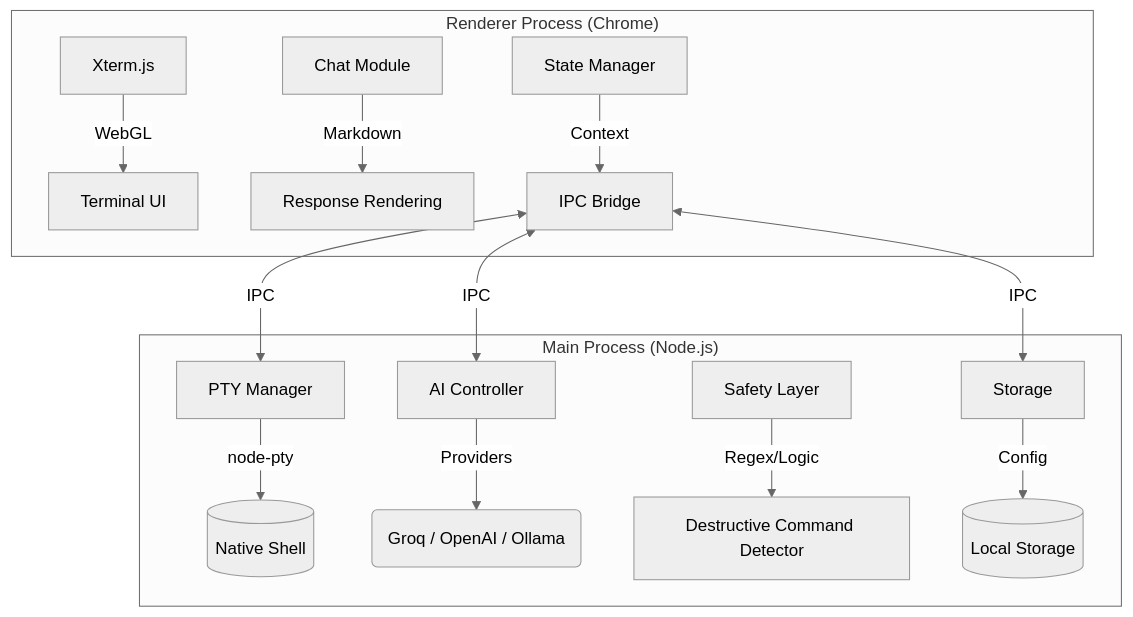
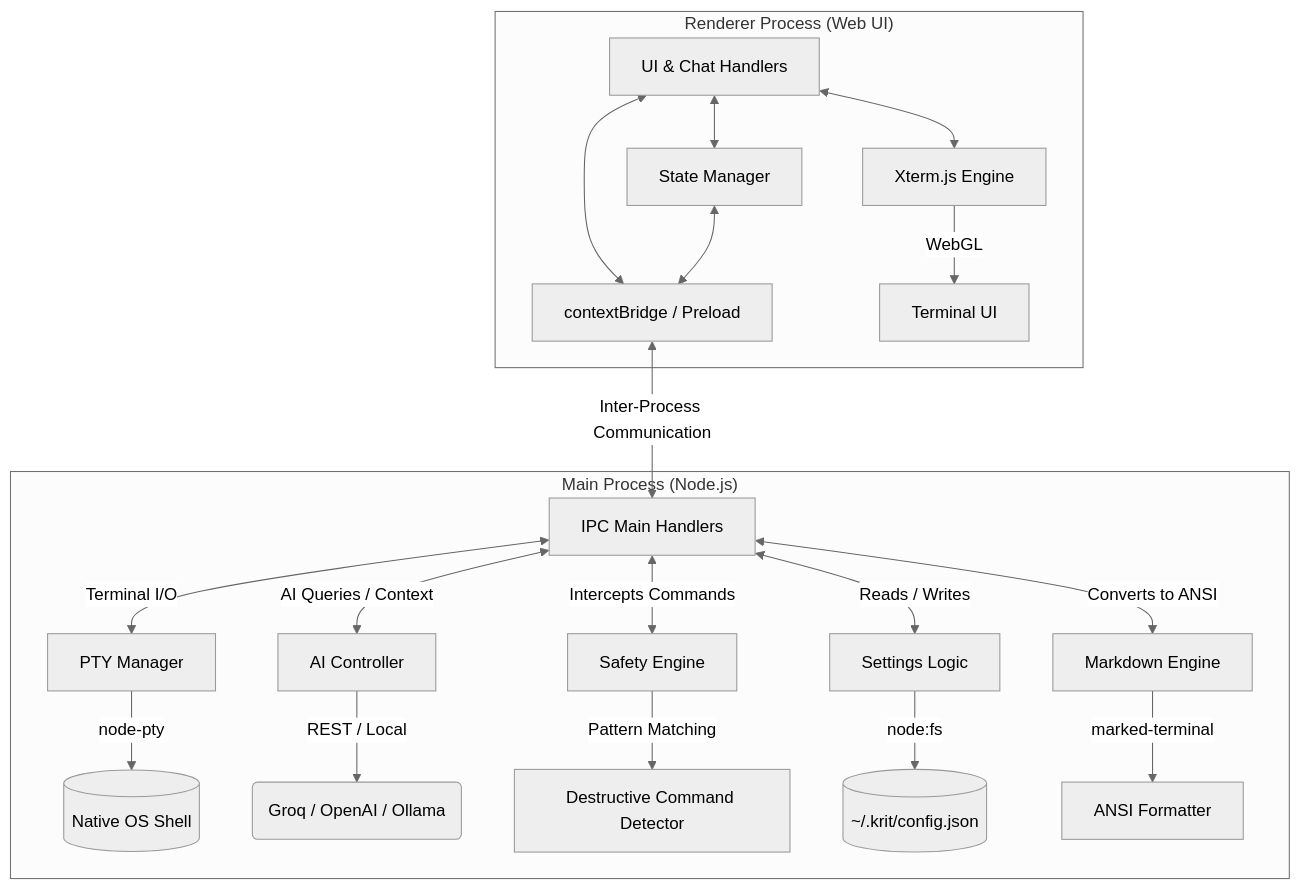
The diagram in README.md (10KRITESH/krit), drawn with Mermaid (neutral theme) before and after one commit.

````diff
--- a/README.md
+++ b/README.md
@@ -41,19 +41,31 @@
 ```mermaid
 graph TD
     subgraph "Main Process (Node.js)"
-        PM[PTY Manager] --> |node-pty| OS[(Native Shell)]
-        AC[AI Controller] --> |Providers| LLM(Groq / OpenAI / Ollama)
-        SL[Safety Layer] --> |Regex/Logic| Classifier[Destructive Command Detector]
-        SC[Storage] --> |Config| SD[(Local Storage)]
+        IPC[IPC Main Handlers]
+        PM[PTY Manager] --> |node-pty| OS[(Native OS Shell)]
+        AC[AI Controller] --> |REST / Local| LLM(Groq / OpenAI / Ollama)
+        SL[Safety Engine] --> |Pattern Matching| Threat[Destructive Command Detector]
+        SC[Settings Logic] --> |node:fs| FS[(~/.krit/config.json)]
+        MD[Markdown Engine] --> |marked-terminal| ANSI[ANSI Formatter]
+        
+        IPC <--> |Terminal I/O| PM
+        IPC <--> |AI Queries / Context| AC
+        IPC <--> |Intercepts Commands| SL
+        IPC <--> |Reads / Writes| SC
+        IPC <--> |Converts to ANSI| MD
     end
 
-    subgraph "Renderer Process (Chrome)"
-        XT[Xterm.js] --> |WebGL| UI[Terminal UI]
-        CH[Chat Module] --> |Markdown| RD[Response Rendering]
-        ST[State Manager] --> |Context| Sync[IPC Bridge]
+    subgraph "Renderer Process (Web UI)"
+        Bridge[contextBridge / Preload]
+        XT[Xterm.js Engine] --> |WebGL| Canvas[Terminal UI]
+        UIAI[UI & Chat Handlers]
+        State[State Manager]
+        
+        UIAI <--> Bridge
+        State <--> Bridge
+        UIAI <--> XT
+        UIAI <--> State
     end
 
-    Sync <--> |IPC| PM
-    Sync <--> |IPC| AC
-    Sync <--> |IPC| SC
+    Bridge <--> |Inter-Process Communication| IPC
 ```
````
